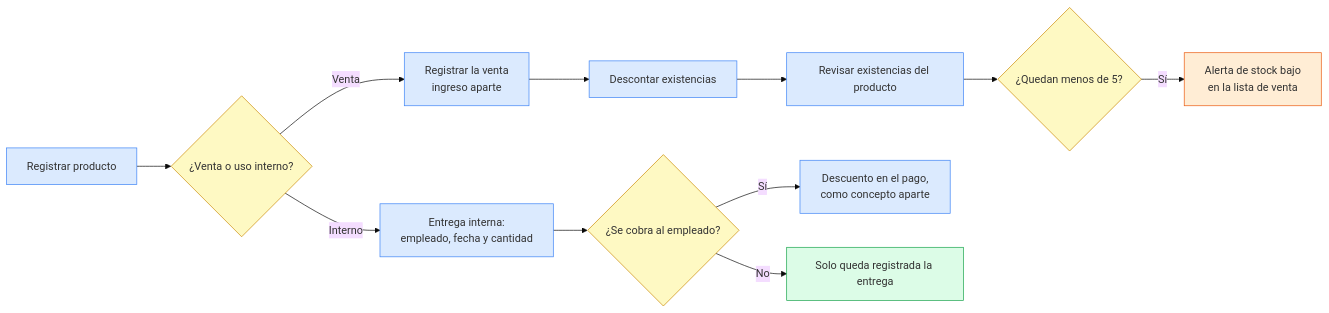
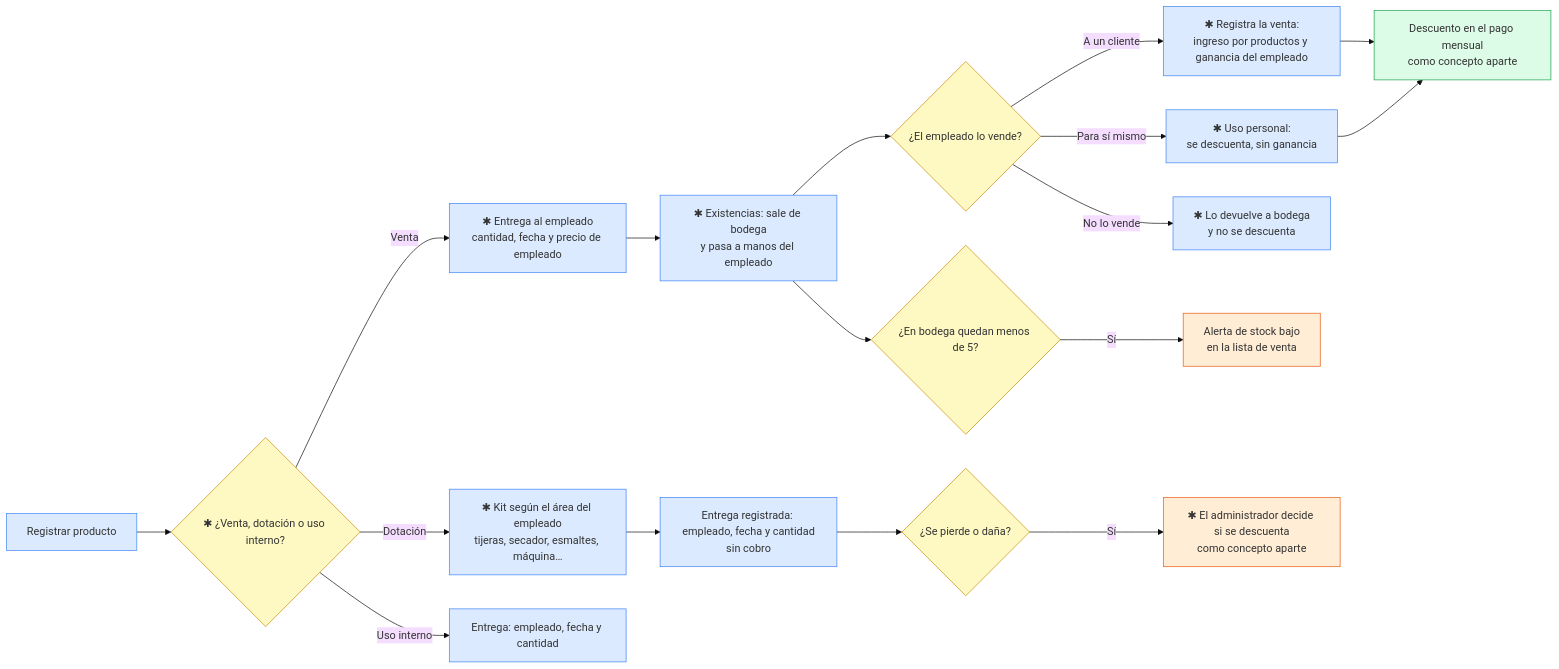
The sixth of 8 diagrams in docs/flujos-por-modulo.md (svzapatac/Citara), drawn with Mermaid (base theme) before and after one commit. The commit also changed other lines of this file and 7 other files, not shown here.

First line of the commit message:
Barbería y cejas, productos con descuento mensual, dotación por área, turnos múltiples, documentos sin vencimiento

````diff
--- a/docs/flujos-por-modulo.md
+++ b/docs/flujos-por-modulo.md
@@ -125,21 +132,27 @@
 ```mermaid
 flowchart LR
-    A[Registrar producto] --> B{¿Venta o uso interno?}
-    B -- Venta --> C[Registrar la venta<br/>ingreso aparte]
-    C --> D[Descontar existencias]
-    D --> E[Revisar existencias del producto]
-    E --> F{¿Quedan menos de 5?}
-    F -- Sí --> G[Alerta de stock bajo<br/>en la lista de venta]
-    B -- Interno --> H[Entrega interna:<br/>empleado, fecha y cantidad]
-    H --> I{¿Se cobra al empleado?}
-    I -- Sí --> J[Descuento en el pago,<br/>como concepto aparte]
-    I -- No --> K[Solo queda registrada la entrega]
+    A[Registrar producto] --> B{✱ ¿Venta, dotación o uso interno?}
+    B -- Venta --> C[✱ Entrega al empleado<br/>cantidad, fecha y precio de empleado]
+    C --> D[✱ Existencias: sale de bodega<br/>y pasa a manos del empleado]
+    D --> E{¿El empleado lo vende?}
+    E -- A un cliente --> F[✱ Registra la venta:<br/>ingreso por productos y ganancia del empleado]
+    E -- Para sí mismo --> G[✱ Uso personal:<br/>se descuenta, sin ganancia]
+    E -- No lo vende --> H[✱ Lo devuelve a bodega<br/>y no se descuenta]
+    F --> I[Descuento en el pago mensual<br/>como concepto aparte]
+    G --> I
+    D --> J{¿En bodega quedan menos de 5?}
+    J -- Sí --> K[Alerta de stock bajo<br/>en la lista de venta]
+    B -- Dotación --> L[✱ Kit según el área del empleado<br/>tijeras, secador, esmaltes, máquina…]
+    L --> M[Entrega registrada: empleado, fecha y cantidad<br/>sin cobro]
+    M --> N{¿Se pierde o daña?}
+    N -- Sí --> O[✱ El administrador decide si se descuenta<br/>como concepto aparte]
+    B -- Uso interno --> P[Entrega: empleado, fecha y cantidad]
     classDef paso fill:#dbeafe,stroke:#3b82f6
     classDef dec fill:#fef9c3,stroke:#ca8a04
     classDef ok fill:#dcfce7,stroke:#16a34a
     classDef exc fill:#ffedd5,stroke:#ea580c
-    class A,C,D,E,H,J paso
-    class B,F,I dec
-    class K ok
-    class G exc
+    class A,C,D,F,G,H,L,M,P paso
+    class B,E,J,N dec
+    class I ok
+    class K,O exc
 ```
````
